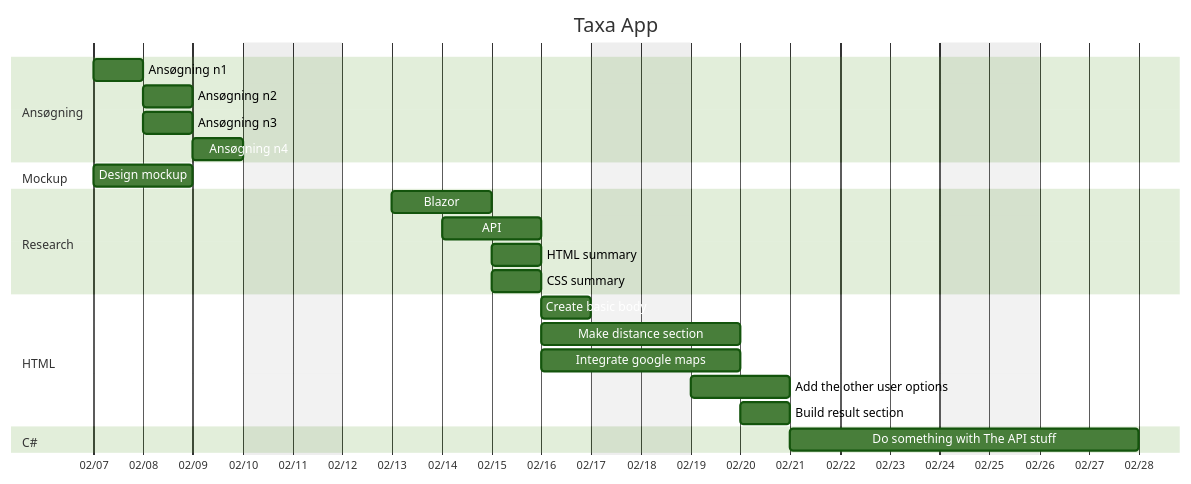
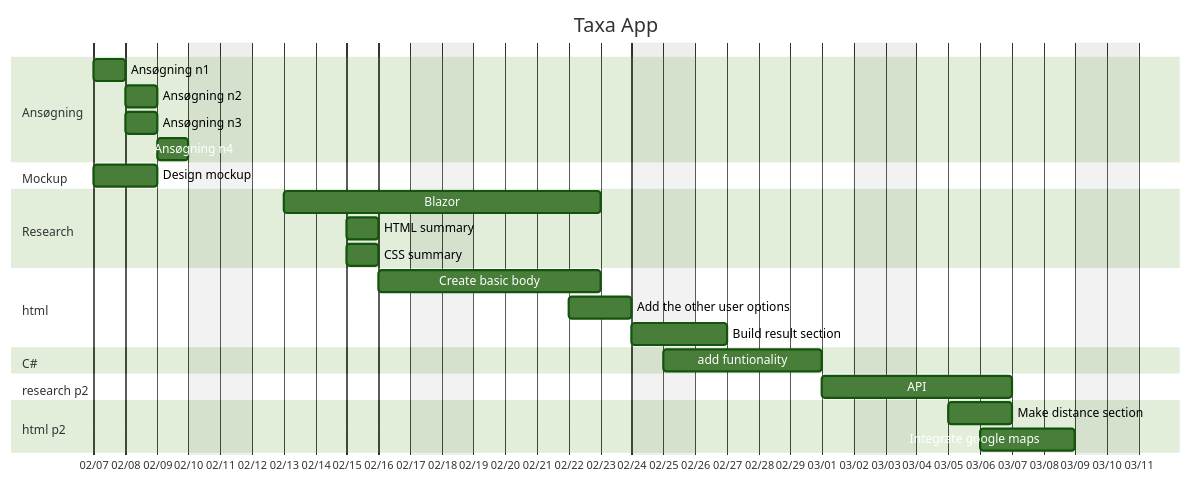
One commit to Dyerag/Taxa-app changed the diagram in README.md. Above: the diagram before and after it, drawn with Mermaid (forest theme).

````diff
--- a/README.md
+++ b/README.md
@@ -3,58 +3,64 @@
 ```mermaid
 
 gantt
 
     title Taxa App
 
     dateFormat DD-MM-YY
 
     axisFormat %m/%d
 
     tickinterval 1day
     excludes weekends
 
 
     section Ansøgning
 
     Ansøgning n1 : 07-02-24, 1d
 
     Ansøgning n2 : 08-02-24, 1d
 
     Ansøgning n3 : 08-02-24, 1d
 
     Ansøgning n4 : 09-02-24, 1d
 
 
     section Mockup
 
     Design mockup : 07-02-24, 2d
 
 
     section Research
 
-    Blazor : 13-02-24, 2d
-
-    API : 14-02-24, 2d
+    Blazor : 13-02-24, 8d
 
     HTML summary: 15-02-24, 1d
 
     CSS summary: 15-02-24, 1d
 
 
-    section HTML
+    section html
 
-    Create basic body : 16-02-24, 1d
+    Create basic body : 16-02-24, 5d
 
-    Make distance section : 16-02-24, 2d
+    Add the other user options : 22-02-24, 2d
 
-    Integrate google maps : 16-02-24, 2d 
-
-    Add the other user options : 19-02-24, 2d
-
-    Build result section : 20-02-24, 1d
-
+    Build result section : 24-02-24, 2d
+    
 
     Section C#
 
-    Do something with The API stuff : 21-02-24, 5d
+    add funtionality : 25-02-24, 5d
+
+
+    section research p2
+
+    API : 01-03-24, 4d
+
+
+    section html p2
+
+    Make distance section : 05-03-24, 2d
+
+    Integrate google maps : 06-03-24, 3d 
 ```
````
